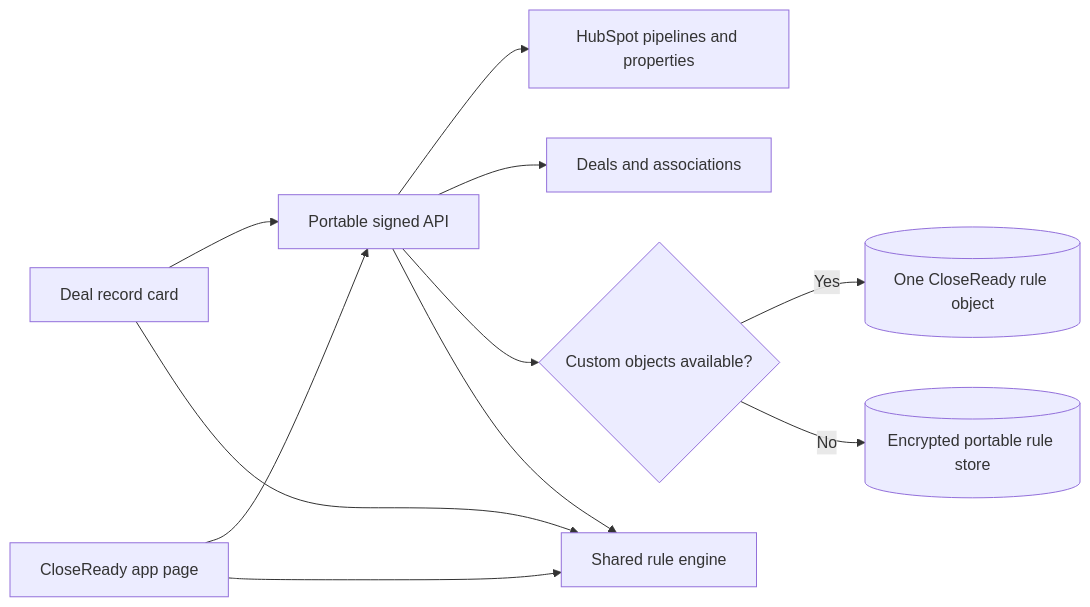
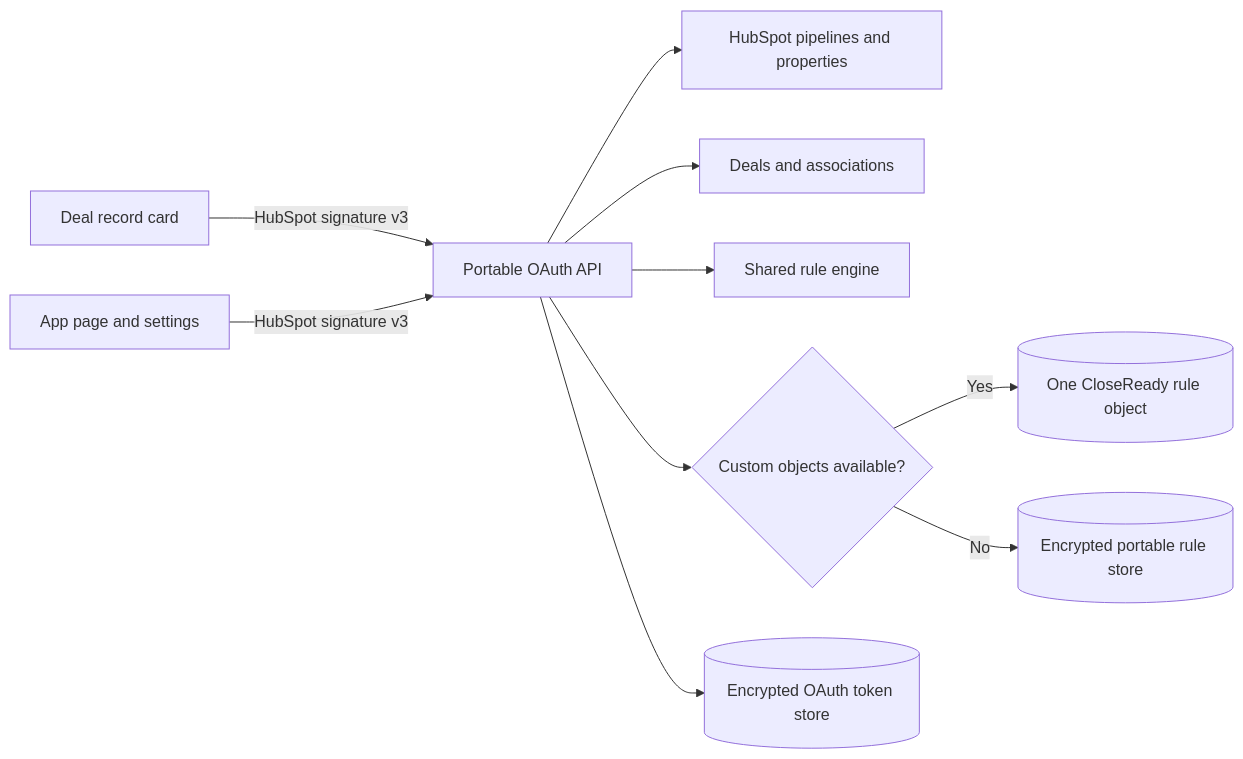
The diagram in projects/closeready/docs/architecture.md (mathias7799/HubSpotLab), drawn with Mermaid before and after one commit. The commit also changed other lines of this file and 12 other files, not shown here.

Commit message:
Refresh CloseReady docs and screenshots

````diff
--- a/projects/closeready/docs/architecture.md
+++ b/projects/closeready/docs/architecture.md
@@ -3,13 +3,12 @@
 ```mermaid
 flowchart LR
-  Card[Deal record card] --> API[Portable signed API]
-  Page[CloseReady app page] --> API
+  Card[Deal record card] -->|HubSpot signature v3| API[Portable OAuth API]
+  Page[App page and settings] -->|HubSpot signature v3| API
   API --> Pipelines[HubSpot pipelines and properties]
   API --> Deals[Deals and associations]
+  API --> Engine[Shared rule engine]
   API --> Choice{Custom objects available?}
   Choice -->|Yes| Rules[(One CloseReady rule object)]
   Choice -->|No| Portable[(Encrypted portable rule store)]
-  Card --> Engine[Shared rule engine]
-  Page --> Engine
-  API --> Engine
+  API --> Tokens[(Encrypted OAuth token store)]
 ```
````
